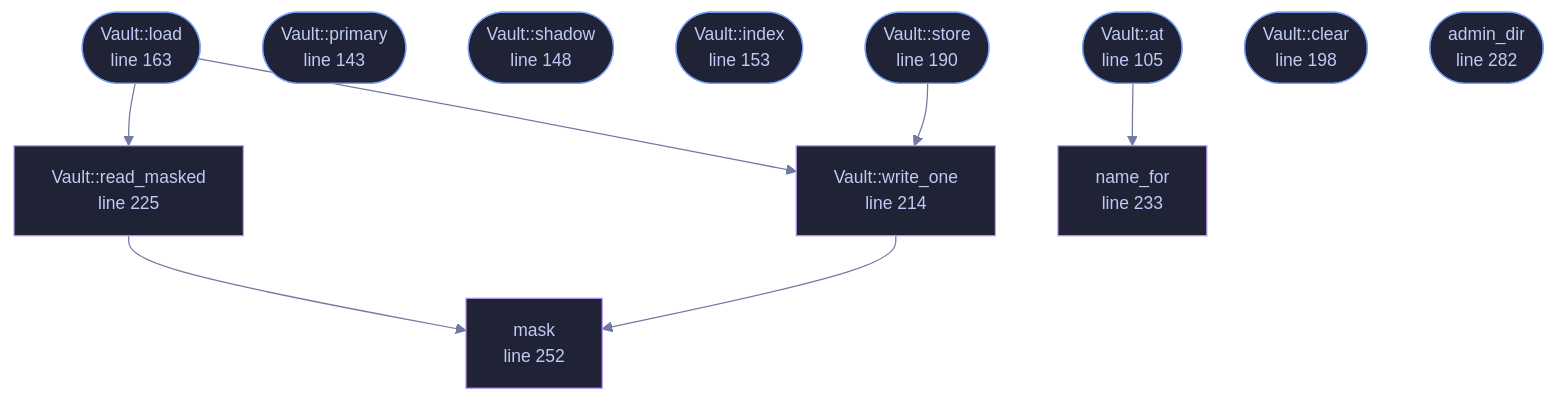
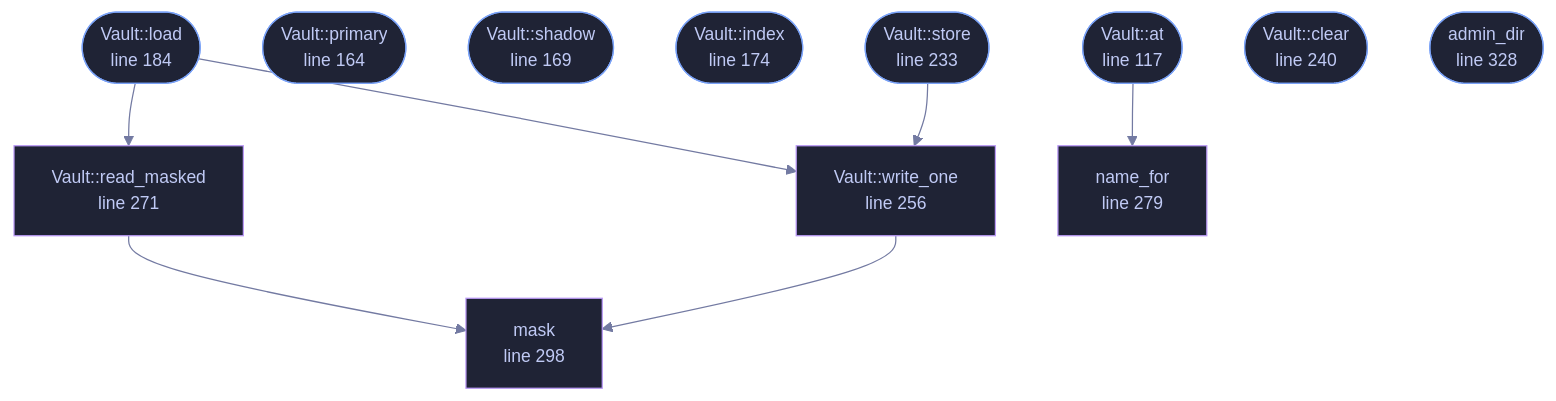
The diagram in wiki/File-veilvoice-crypto-vault.md (tilas01/veilvoice), drawn with Mermaid before and after one commit. The commit also changed other lines of this file and 58 other files, not shown here.

````diff
--- a/wiki/File-veilvoice-crypto-vault.md
+++ b/wiki/File-veilvoice-crypto-vault.md
@@ -104,38 +104,38 @@
 ```mermaid
 %%{init: {"theme":"base","themeVariables":{"background":"#1a1b26","primaryColor":"#1f2335","primaryTextColor":"#c0caf5","primaryBorderColor":"#7aa2f7","secondaryColor":"#16161e","tertiaryColor":"#16161e","lineColor":"#737aa2","textColor":"#c0caf5","mainBkg":"#1f2335","nodeBorder":"#7aa2f7","clusterBkg":"#16161e","clusterBorder":"#2f3549","fontFamily":"ui-monospace, SFMono-Regular, Consolas, monospace","fontSize":"14px"}}}%%
 flowchart TD
-    n_at(["Vault::at<br/>line 105"])
-    n_primary(["Vault::primary<br/>line 143"])
-    n_shadow(["Vault::shadow<br/>line 148"])
-    n_index(["Vault::index<br/>line 153"])
-    n_load(["Vault::load<br/>line 163"])
-    n_store(["Vault::store<br/>line 190"])
-    n_clear(["Vault::clear<br/>line 198"])
-    n_write_one["Vault::write_one<br/>line 214"]
-    n_read_masked["Vault::read_masked<br/>line 225"]
-    n_name_for["name_for<br/>line 233"]
-    n_mask["mask<br/>line 252"]
-    n_admin_dir(["admin_dir<br/>line 282"])
+    n_at(["Vault::at<br/>line 117"])
+    n_primary(["Vault::primary<br/>line 164"])
+    n_shadow(["Vault::shadow<br/>line 169"])
+    n_index(["Vault::index<br/>line 174"])
+    n_load(["Vault::load<br/>line 184"])
+    n_store(["Vault::store<br/>line 233"])
+    n_clear(["Vault::clear<br/>line 240"])
+    n_write_one["Vault::write_one<br/>line 256"]
+    n_read_masked["Vault::read_masked<br/>line 271"]
+    n_name_for["name_for<br/>line 279"]
+    n_mask["mask<br/>line 298"]
+    n_admin_dir(["admin_dir<br/>line 328"])
     n_at --> n_name_for
     n_load --> n_read_masked
     n_load --> n_write_one
     n_read_masked --> n_mask
     n_store --> n_write_one
     n_write_one --> n_mask
-    click n_at href "https://github.com/tilas01/veilvoice/blob/main/crates/veilvoice-crypto/src/vault.rs#L105" "open the source"
-    click n_primary href "https://github.com/tilas01/veilvoice/blob/main/crates/veilvoice-crypto/src/vault.rs#L143" "open the source"
-    click n_shadow href "https://github.com/tilas01/veilvoice/blob/main/crates/veilvoice-crypto/src/vault.rs#L148" "open the source"
-    click n_index href "https://github.com/tilas01/veilvoice/blob/main/crates/veilvoice-crypto/src/vault.rs#L153" "open the source"
-    click n_load href "https://github.com/tilas01/veilvoice/blob/main/crates/veilvoice-crypto/src/vault.rs#L163" "open the source"
-    click n_store href "https://github.com/tilas01/veilvoice/blob/main/crates/veilvoice-crypto/src/vault.rs#L190" "open the source"
-    click n_clear href "https://github.com/tilas01/veilvoice/blob/main/crates/veilvoice-crypto/src/vault.rs#L198" "open the source"
-    click n_write_one href "https://github.com/tilas01/veilvoice/blob/main/crates/veilvoice-crypto/src/vault.rs#L214" "open the source"
-    click n_read_masked href "https://github.com/tilas01/veilvoice/blob/main/crates/veilvoice-crypto/src/vault.rs#L225" "open the source"
-    click n_name_for href "https://github.com/tilas01/veilvoice/blob/main/crates/veilvoice-crypto/src/vault.rs#L233" "open the source"
-    click n_mask href "https://github.com/tilas01/veilvoice/blob/main/crates/veilvoice-crypto/src/vault.rs#L252" "open the source"
-    click n_admin_dir href "https://github.com/tilas01/veilvoice/blob/main/crates/veilvoice-crypto/src/vault.rs#L282" "open the source"
+    click n_at href "https://github.com/tilas01/veilvoice/blob/main/crates/veilvoice-crypto/src/vault.rs#L117" "open the source"
+    click n_primary href "https://github.com/tilas01/veilvoice/blob/main/crates/veilvoice-crypto/src/vault.rs#L164" "open the source"
+    click n_shadow href "https://github.com/tilas01/veilvoice/blob/main/crates/veilvoice-crypto/src/vault.rs#L169" "open the source"
+    click n_index href "https://github.com/tilas01/veilvoice/blob/main/crates/veilvoice-crypto/src/vault.rs#L174" "open the source"
+    click n_load href "https://github.com/tilas01/veilvoice/blob/main/crates/veilvoice-crypto/src/vault.rs#L184" "open the source"
+    click n_store href "https://github.com/tilas01/veilvoice/blob/main/crates/veilvoice-crypto/src/vault.rs#L233" "open the source"
+    click n_clear href "https://github.com/tilas01/veilvoice/blob/main/crates/veilvoice-crypto/src/vault.rs#L240" "open the source"
+    click n_write_one href "https://github.com/tilas01/veilvoice/blob/main/crates/veilvoice-crypto/src/vault.rs#L256" "open the source"
+    click n_read_masked href "https://github.com/tilas01/veilvoice/blob/main/crates/veilvoice-crypto/src/vault.rs#L271" "open the source"
+    click n_name_for href "https://github.com/tilas01/veilvoice/blob/main/crates/veilvoice-crypto/src/vault.rs#L279" "open the source"
+    click n_mask href "https://github.com/tilas01/veilvoice/blob/main/crates/veilvoice-crypto/src/vault.rs#L298" "open the source"
+    click n_admin_dir href "https://github.com/tilas01/veilvoice/blob/main/crates/veilvoice-crypto/src/vault.rs#L328" "open the source"
     classDef entry fill:#1f2335,stroke:#7aa2f7,color:#c0caf5
     class n_at,n_primary,n_shadow,n_index,n_load,n_store,n_clear,n_admin_dir entry
     classDef helper fill:#1f2335,stroke:#bb9af7,color:#c0caf5
     class n_write_one,n_read_masked,n_name_for,n_mask helper
 ```
````
